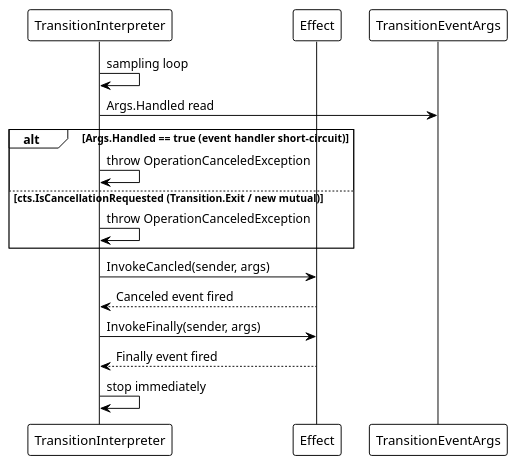
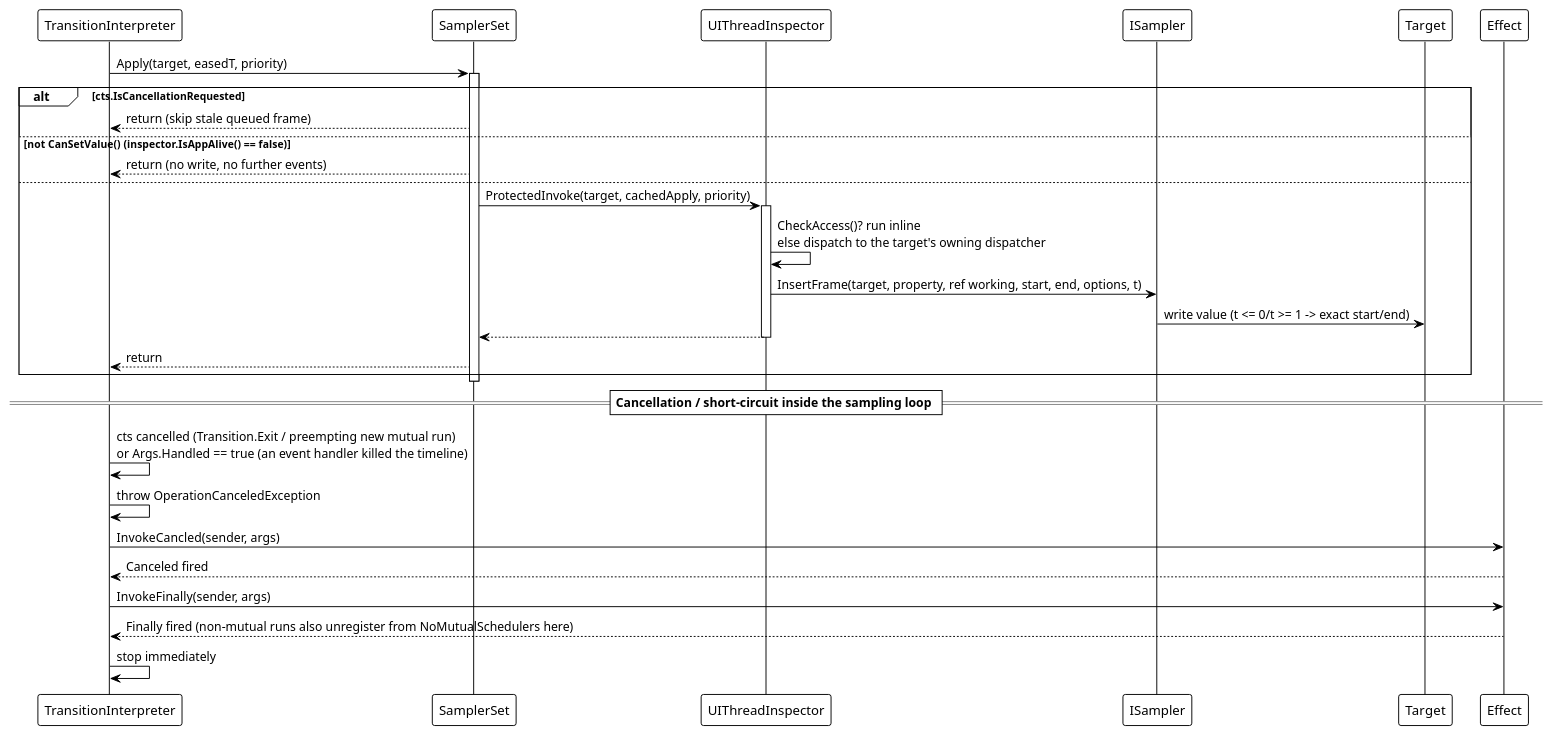
Before and after one commit to Axvser/VeloxDev.Docs: the third of 4 diagrams in src/CloudGlyph/Assets/Docs/content/en/3_SE_Analysis/03_data-flow/03_transition/index.md, drawn with PlantUML. The commit also changed other lines of this file and 443 other files, not shown here.

````diff
--- a/src/CloudGlyph/Assets/Docs/content/en/3_SE_Analysis/03_data-flow/03_transition/index.md
+++ b/src/CloudGlyph/Assets/Docs/content/en/3_SE_Analysis/03_data-flow/03_transition/index.md
@@ -143,22 +132,40 @@
 ```plantuml
 @startuml
 !theme plain
 
 participant "TransitionInterpreter" as TI
+participant "SamplerSet" as SET
+participant "UIThreadInspector" as UI
+participant "ISampler" as SM
+participant "Target" as TGT
 participant "Effect" as EF
-participant "TransitionEventArgs" as Args
 
-TI -> TI: sampling loop
-TI -> Args: Args.Handled read
-alt Args.Handled == true  (event handler short-circuit)
-    TI -> TI: throw OperationCanceledException
-else cts.IsCancellationRequested (Transition.Exit / new mutual)
-    TI -> TI: throw OperationCanceledException
+TI -> SET: Apply(target, easedT, priority)
+activate SET
+alt cts.IsCancellationRequested
+    SET --> TI: return (skip stale queued frame)
+else not CanSetValue()  (inspector.IsAppAlive() == false)
+    SET --> TI: return (no write, no further events)
+else
+    SET -> UI: ProtectedInvoke(target, cachedApply, priority)
+    activate UI
+    UI -> UI: CheckAccess()? run inline\nelse dispatch to the target's owning dispatcher
+    UI -> SM: InsertFrame(target, property, ref working, start, end, options, t)
+    SM -> TGT: write value (t <= 0/t >= 1 -> exact start/end)
+    UI --> SET
+    deactivate UI
+    SET --> TI: return
 end
+deactivate SET
+
+== Cancellation / short-circuit inside the sampling loop ==
+
+TI -> TI: cts cancelled (Transition.Exit / preempting new mutual run)\nor Args.Handled == true (an event handler killed the timeline)
+TI -> TI: throw OperationCanceledException
 TI -> EF: InvokeCancled(sender, args)
-EF --> TI: Canceled event fired
+EF --> TI: Canceled fired
 TI -> EF: InvokeFinally(sender, args)
-EF --> TI: Finally event fired
+EF --> TI: Finally fired (non-mutual runs also unregister from NoMutualSchedulers here)
 TI -> TI: stop immediately
 @enduml
 ```
````
